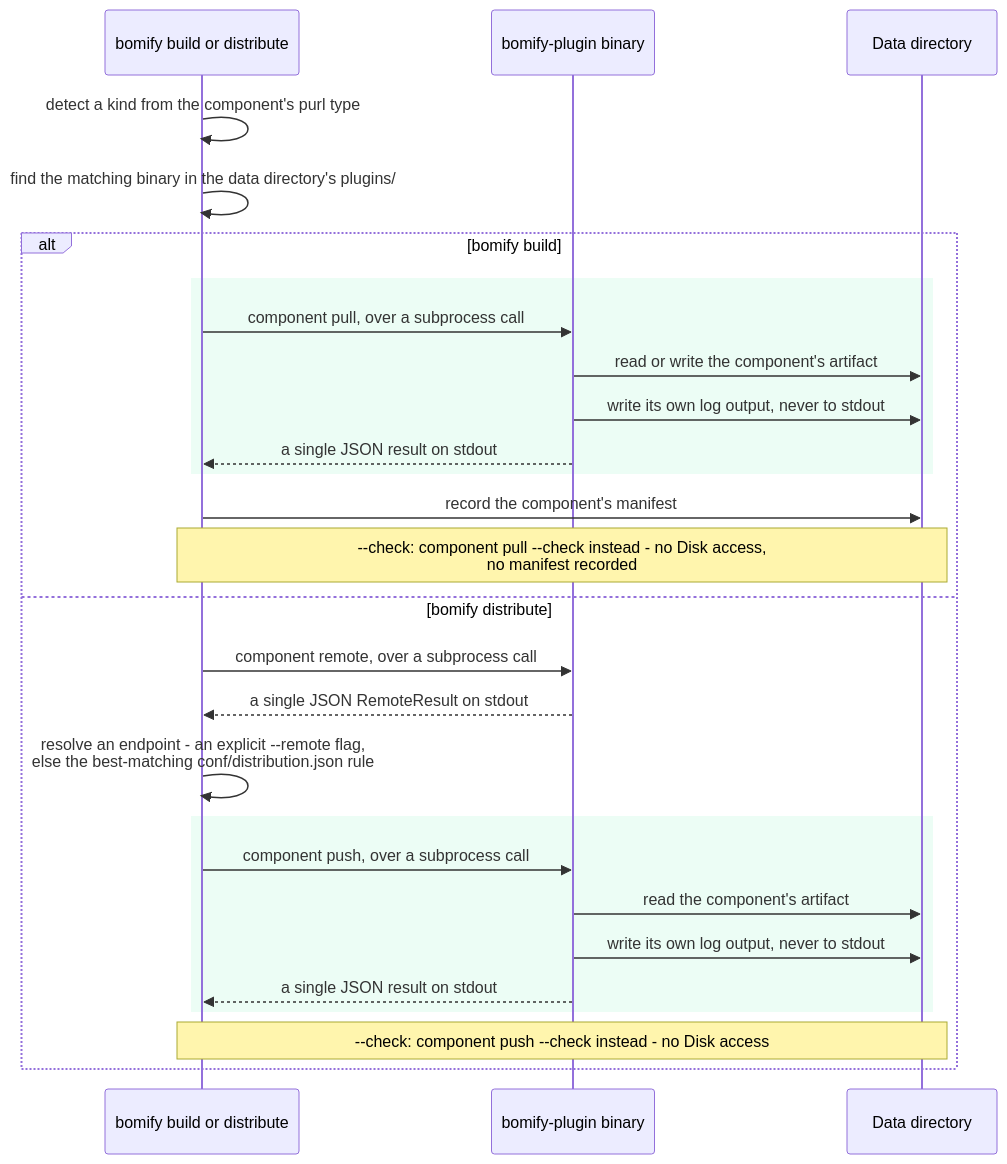
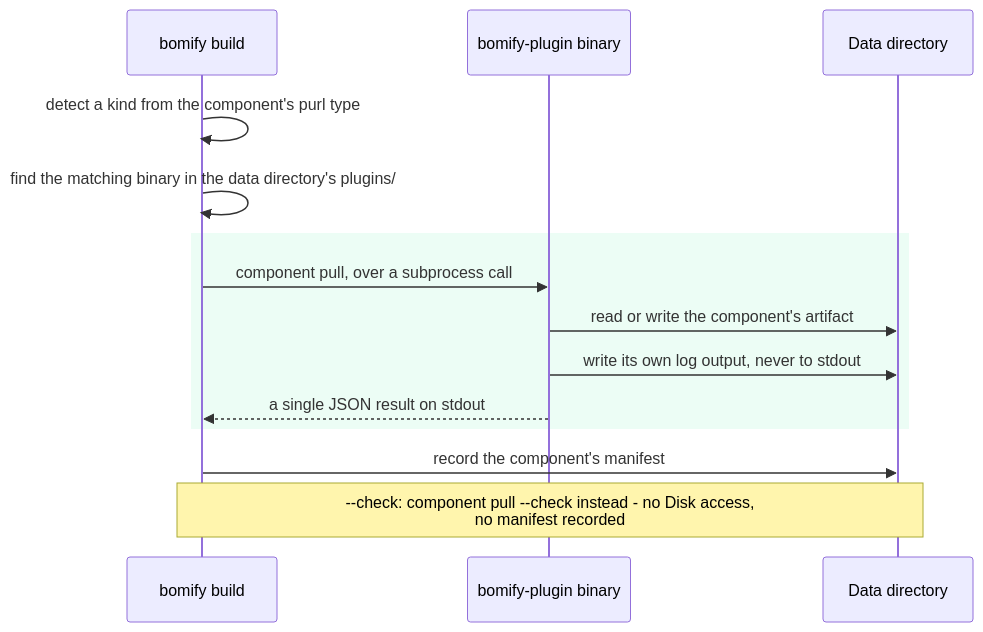
Before and after one commit to alejandro-velasco/bomify: the diagram in docs/diagrams/plugin-dispatch.mmd, drawn with Mermaid. The commit also changed 89 other files, not shown here.

First line of the commit message:
refactor!: remove distribute and the component push/remote subcommands

```diff
--- a/docs/diagrams/plugin-dispatch.mmd
+++ b/docs/diagrams/plugin-dispatch.mmd
@@ -1,29 +1,16 @@
 sequenceDiagram
-    participant CLI as bomify build or distribute
+    participant CLI as bomify build
     participant Plugin as bomify-plugin binary
     participant Disk as Data directory
 
     CLI->>CLI: detect a kind from the component's purl type
     CLI->>CLI: find the matching binary in the data directory's plugins/
 
-    alt bomify build
-        rect rgb(236, 253, 245)
-            CLI->>Plugin: component pull, over a subprocess call
-            Plugin->>Disk: read or write the component's artifact
-            Plugin->>Disk: write its own log output, never to stdout
-            Plugin-->>CLI: a single JSON result on stdout
-        end
-        CLI->>Disk: record the component's manifest
-        Note over CLI,Disk: --check: component pull --check instead - no Disk access,<br/>no manifest recorded
-    else bomify distribute
-        CLI->>Plugin: component remote, over a subprocess call
-        Plugin-->>CLI: a single JSON RemoteResult on stdout
-        CLI->>CLI: resolve an endpoint - an explicit --remote flag,<br/>else the best-matching conf/distribution.json rule
-        rect rgb(236, 253, 245)
-            CLI->>Plugin: component push, over a subprocess call
-            Plugin->>Disk: read the component's artifact
-            Plugin->>Disk: write its own log output, never to stdout
-            Plugin-->>CLI: a single JSON result on stdout
-        end
-        Note over CLI,Disk: --check: component push --check instead - no Disk access
+    rect rgb(236, 253, 245)
+        CLI->>Plugin: component pull, over a subprocess call
+        Plugin->>Disk: read or write the component's artifact
+        Plugin->>Disk: write its own log output, never to stdout
+        Plugin-->>CLI: a single JSON result on stdout
     end
+    CLI->>Disk: record the component's manifest
+    Note over CLI,Disk: --check: component pull --check instead - no Disk access,<br/>no manifest recorded
```
